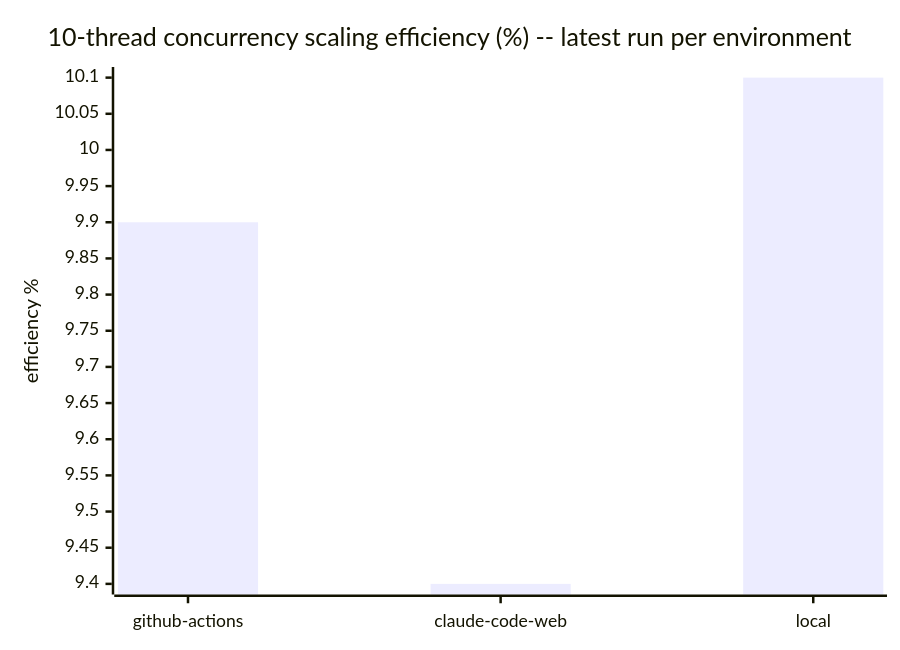
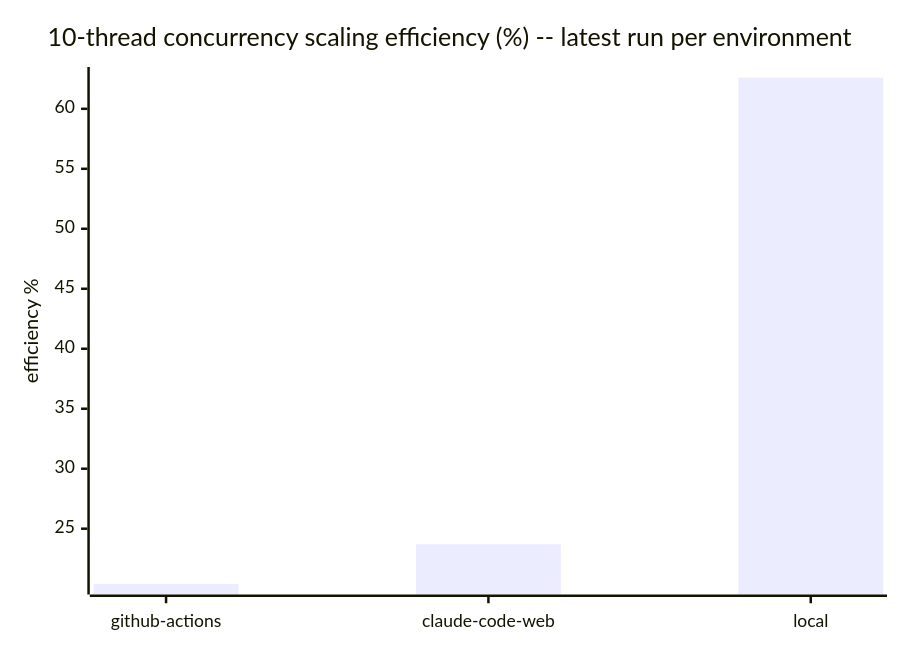
The fifth of 5 diagrams in docs/benchmarks/README.md (cpb/duckling), drawn with Mermaid before and after one commit. The commit also changed other lines of this file and 20 other files, not shown here.

````diff
--- a/docs/benchmarks/README.md
+++ b/docs/benchmarks/README.md
@@ -77,7 +143,7 @@
 ```mermaid
 xychart-beta
     title "10-thread concurrency scaling efficiency (%) -- latest run per environment"
     x-axis [github-actions, claude-code-web, local]
     y-axis "efficiency %"
-    bar "efficiency_pct" [9.9, 9.4, 10.1]
+    bar "efficiency_pct" [20.4, 23.7, 62.6]
 ```
````
